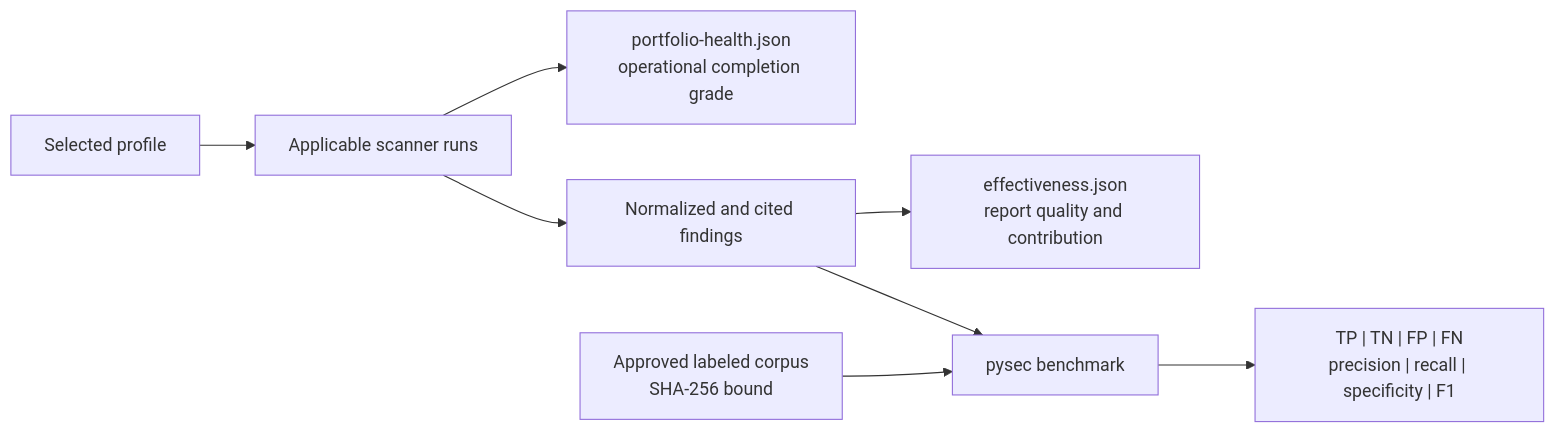
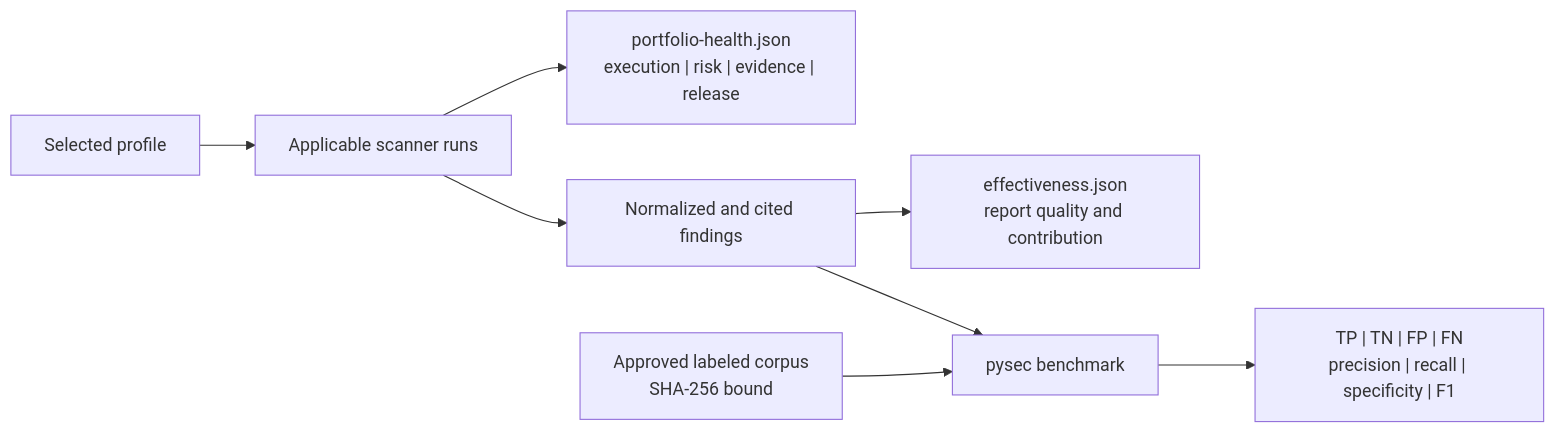
The diagram in docs/effectiveness.md (willtran87/project-py-security-suite), drawn with Mermaid before and after one commit. The commit also changed other lines of this file and 71 other files, not shown here.

````diff
--- a/docs/effectiveness.md
+++ b/docs/effectiveness.md
@@ -16,10 +21,10 @@
 ```mermaid
 flowchart LR
     Profile["Selected profile"] --> Run["Applicable scanner runs"]
-    Run --> Health["portfolio-health.json<br/>operational completion grade"]
+    Run --> Health["portfolio-health.json<br/>execution | risk | evidence | release"]
     Run --> Normalize["Normalized and cited findings"]
     Normalize --> Quality["effectiveness.json<br/>report quality and contribution"]
     Corpus["Approved labeled corpus<br/>SHA-256 bound"] --> Benchmark["pysec benchmark"]
     Normalize --> Benchmark
     Benchmark --> Metrics["TP | TN | FP | FN<br/>precision | recall | specificity | F1"]
 ```
````
